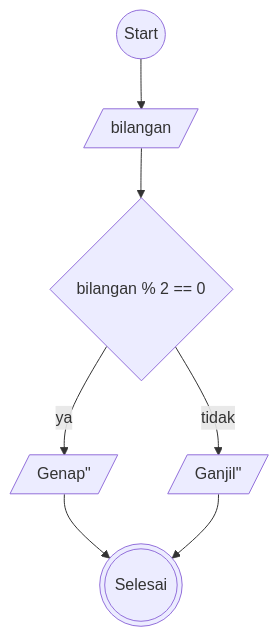
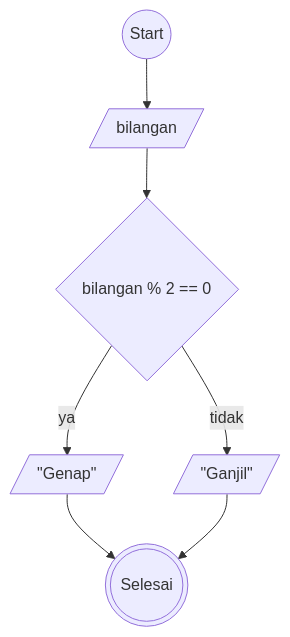
One commit to ktsrqsdev/koda-b10-algoritma changed the first of 2 diagrams in README.md. Above: the diagram before and after it, drawn with Mermaid.

````diff
--- a/README.md
+++ b/README.md
@@ -22,18 +22,18 @@
 ``` mermaid
 
     flowchart TD
     start@{ shape: circle, label: "Start" }
     inputAngka@{ shape: lean-r, label: "bilangan" }
     modulo@{ shape: diamond, label: "bilangan % 2 == 0" }
-    genap@{ shape: lean-r, label: "Genap#quot;" }
-    ganjil@{ shape: lean-r, label: "Ganjil#quot;" }
+    genap@{ shape: lean-r, label: "#quot;Genap#quot;" }
+    ganjil@{ shape: lean-r, label: "#quot;Ganjil#quot;" }
     selesai@{ shape: dbl-circ, label: "Selesai" }
     
     start --> inputAngka
     inputAngka --> modulo
     modulo --ya--> genap
     modulo --tidak--> ganjil
     genap & ganjil --> selesai
     
     
 ```
````
